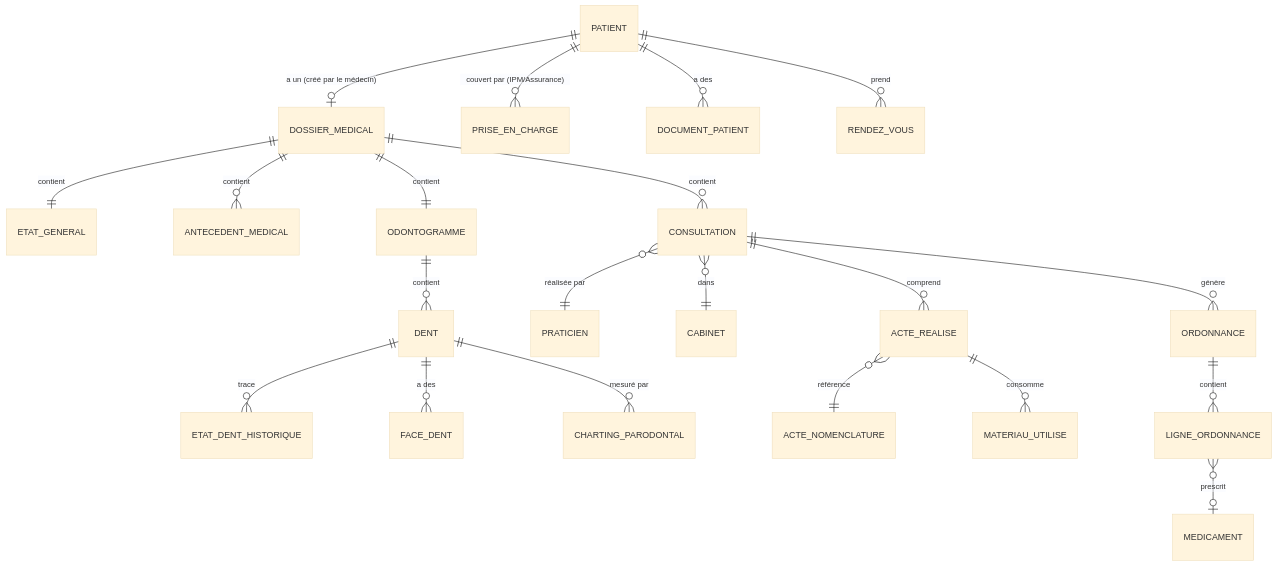
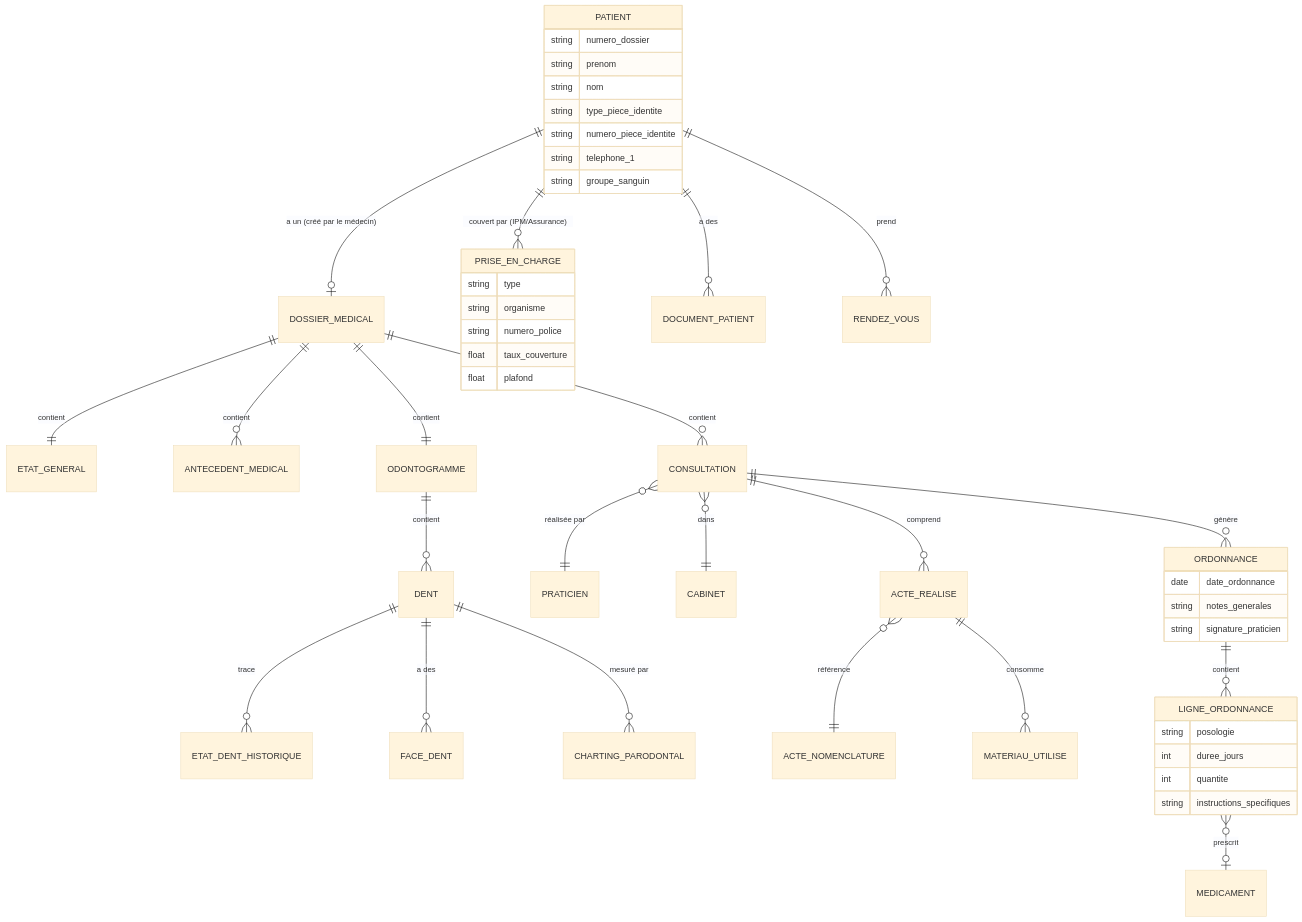
One commit to DonArhouna/SysDent changed the second of 5 diagrams in Analyse/docs/modelisation_mcd.md. Above: the diagram before and after it, drawn with Mermaid (base theme). The commit also changed 1 other file, not shown here.

Commit message:
Update MCD diagrams to display Patient identity fields, Prises en Charge, and Ordonnances

````diff
--- a/Analyse/docs/modelisation_mcd.md
+++ b/Analyse/docs/modelisation_mcd.md
@@ -29,28 +29,59 @@
 ```mermaid
 erDiagram
     PATIENT ||--o| DOSSIER_MEDICAL : "a un (créé par le médecin)"
     DOSSIER_MEDICAL ||--|| ETAT_GENERAL : "contient"
     DOSSIER_MEDICAL ||--o{ ANTECEDENT_MEDICAL : "contient"
     DOSSIER_MEDICAL ||--|| ODONTOGRAMME : "contient"
     DOSSIER_MEDICAL ||--o{ CONSULTATION : "contient"
 
     PATIENT ||--o{ PRISE_EN_CHARGE : "couvert par (IPM/Assurance)"
     PATIENT ||--o{ DOCUMENT_PATIENT : "a des"
     PATIENT ||--o{ RENDEZ_VOUS : "prend"
 
     CONSULTATION }o--|| PRATICIEN : "réalisée par"
     CONSULTATION }o--|| CABINET : "dans"
     CONSULTATION ||--o{ ACTE_REALISE : "comprend"
     CONSULTATION ||--o{ ORDONNANCE : "génère"
 
     ODONTOGRAMME ||--o{ DENT : "contient"
     DENT ||--o{ ETAT_DENT_HISTORIQUE : "trace"
     DENT ||--o{ FACE_DENT : "a des"
     DENT ||--o{ CHARTING_PARODONTAL : "mesuré par"
 
     ACTE_REALISE }o--|| ACTE_NOMENCLATURE : "référence"
     ACTE_REALISE ||--o{ MATERIAU_UTILISE : "consomme"
 
     ORDONNANCE ||--o{ LIGNE_ORDONNANCE : "contient"
     LIGNE_ORDONNANCE }o--o| MEDICAMENT : "prescrit"
+
+    PATIENT {
+        string numero_dossier
+        string prenom
+        string nom
+        string type_piece_identite
+        string numero_piece_identite
+        string telephone_1
+        string groupe_sanguin
+    }
+
+    PRISE_EN_CHARGE {
+        string type
+        string organisme
+        string numero_police
+        float taux_couverture
+        float plafond
+    }
+
+    ORDONNANCE {
+        date date_ordonnance
+        string notes_generales
+        string signature_praticien
+    }
+
+    LIGNE_ORDONNANCE {
+        string posologie
+        int duree_jours
+        int quantite
+        string instructions_specifiques
+    }
 ```
````
